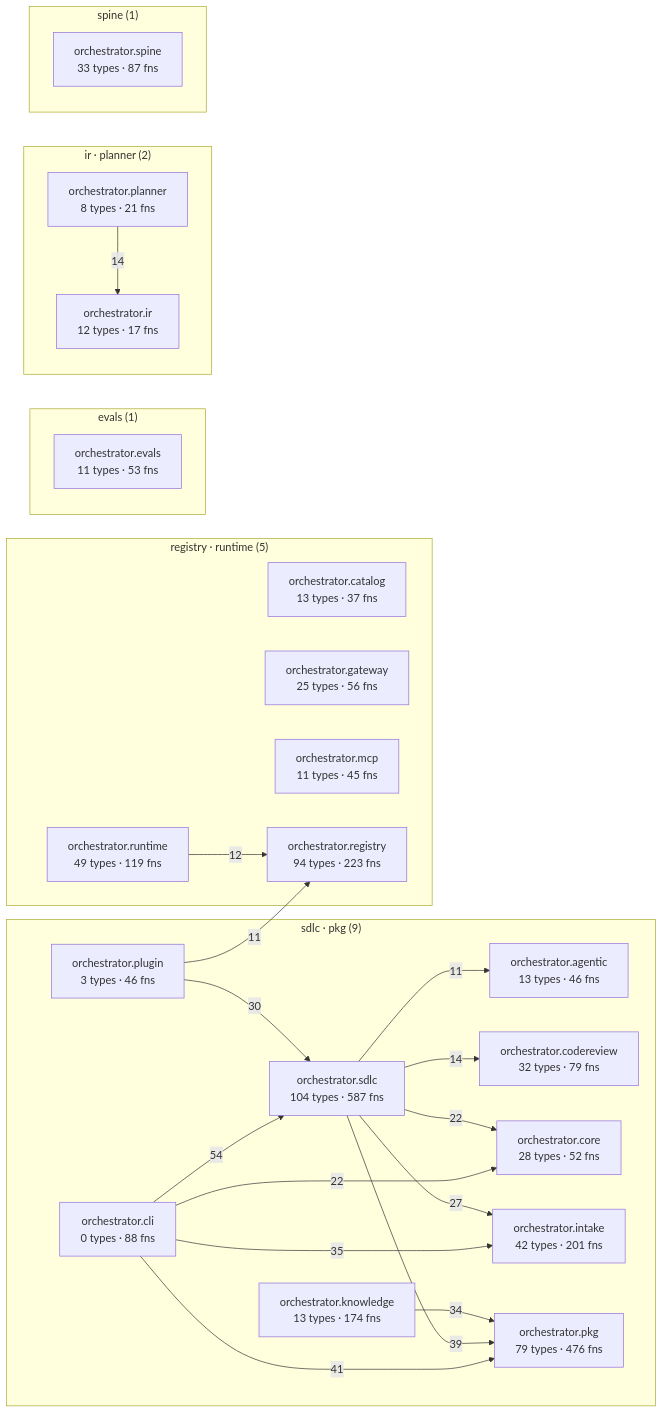
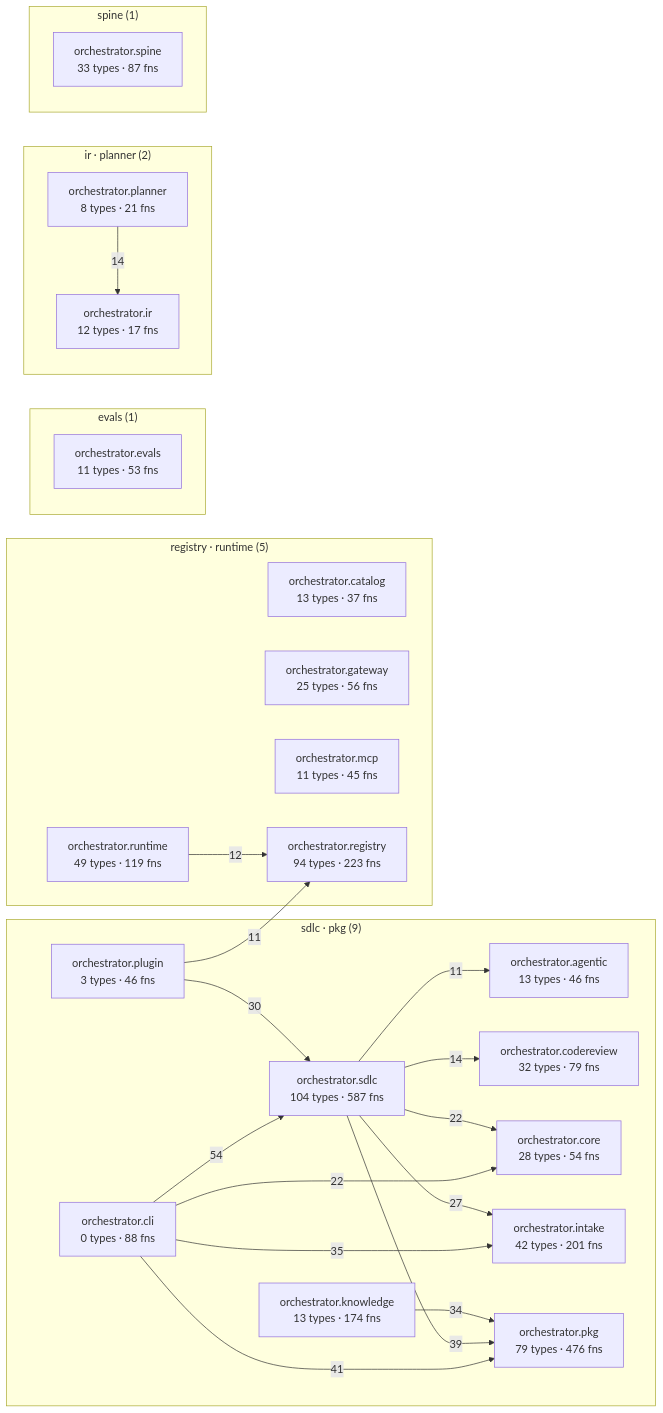
Before and after one commit to synaptixs/spine: the diagram in episteme/architecture.md, drawn with Mermaid. The commit also changed other lines of this file and 34 other files, not shown here.

````diff
--- a/episteme/architecture.md
+++ b/episteme/architecture.md
@@ -54,45 +54,45 @@
 ```mermaid
 flowchart LR
   subgraph c_1["sdlc · pkg (9)"]
     aorchestratoragentic["orchestrator.agentic<br/>13 types · 46 fns"]
     aorchestratorcli["orchestrator.cli<br/>0 types · 88 fns"]
     aorchestratorcodereview["orchestrator.codereview<br/>32 types · 79 fns"]
-    aorchestratorcore["orchestrator.core<br/>28 types · 52 fns"]
+    aorchestratorcore["orchestrator.core<br/>28 types · 54 fns"]
     aorchestratorintake["orchestrator.intake<br/>42 types · 201 fns"]
     aorchestratorknowledge["orchestrator.knowledge<br/>13 types · 174 fns"]
     aorchestratorpkg["orchestrator.pkg<br/>79 types · 476 fns"]
     aorchestratorplugin["orchestrator.plugin<br/>3 types · 46 fns"]
     aorchestratorsdlc["orchestrator.sdlc<br/>104 types · 587 fns"]
   end
   subgraph c_3["registry · runtime (5)"]
     aorchestratorcatalog["orchestrator.catalog<br/>13 types · 37 fns"]
     aorchestratorgateway["orchestrator.gateway<br/>25 types · 56 fns"]
     aorchestratormcp["orchestrator.mcp<br/>11 types · 45 fns"]
     aorchestratorregistry["orchestrator.registry<br/>94 types · 223 fns"]
     aorchestratorruntime["orchestrator.runtime<br/>49 types · 119 fns"]
   end
   subgraph c_5["evals (1)"]
     aorchestratorevals["orchestrator.evals<br/>11 types · 53 fns"]
   end
   subgraph c_7["ir · planner (2)"]
     aorchestratorir["orchestrator.ir<br/>12 types · 17 fns"]
     aorchestratorplanner["orchestrator.planner<br/>8 types · 21 fns"]
   end
   subgraph c_10["spine (1)"]
     aorchestratorspine["orchestrator.spine<br/>33 types · 87 fns"]
   end
   aorchestratorcli -->|54| aorchestratorsdlc
   aorchestratorcli -->|41| aorchestratorpkg
   aorchestratorsdlc -->|39| aorchestratorpkg
   aorchestratorcli -->|35| aorchestratorintake
   aorchestratorknowledge -->|34| aorchestratorpkg
   aorchestratorplugin -->|30| aorchestratorsdlc
   aorchestratorsdlc -->|27| aorchestratorintake
   aorchestratorcli -->|22| aorchestratorcore
   aorchestratorsdlc -->|22| aorchestratorcore
   aorchestratorplanner -->|14| aorchestratorir
   aorchestratorsdlc -->|14| aorchestratorcodereview
   aorchestratorruntime -->|12| aorchestratorregistry
   aorchestratorplugin -->|11| aorchestratorregistry
   aorchestratorsdlc -->|11| aorchestratoragentic
 ```
````
